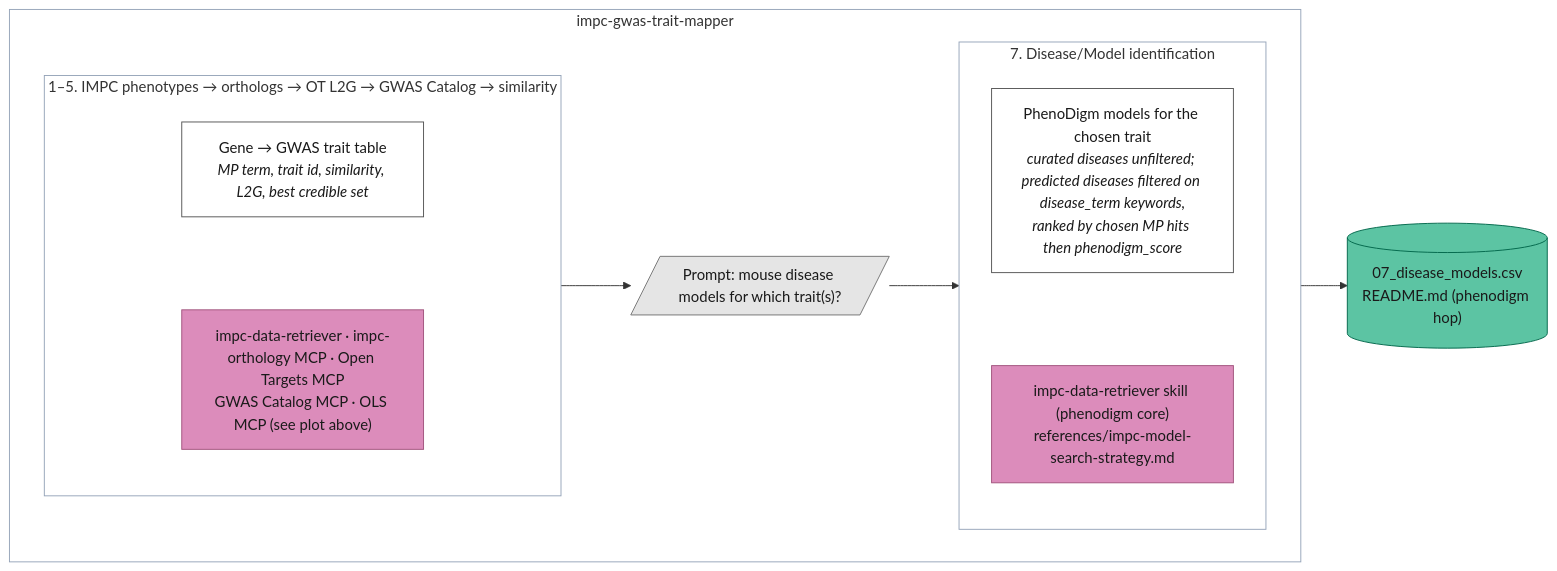
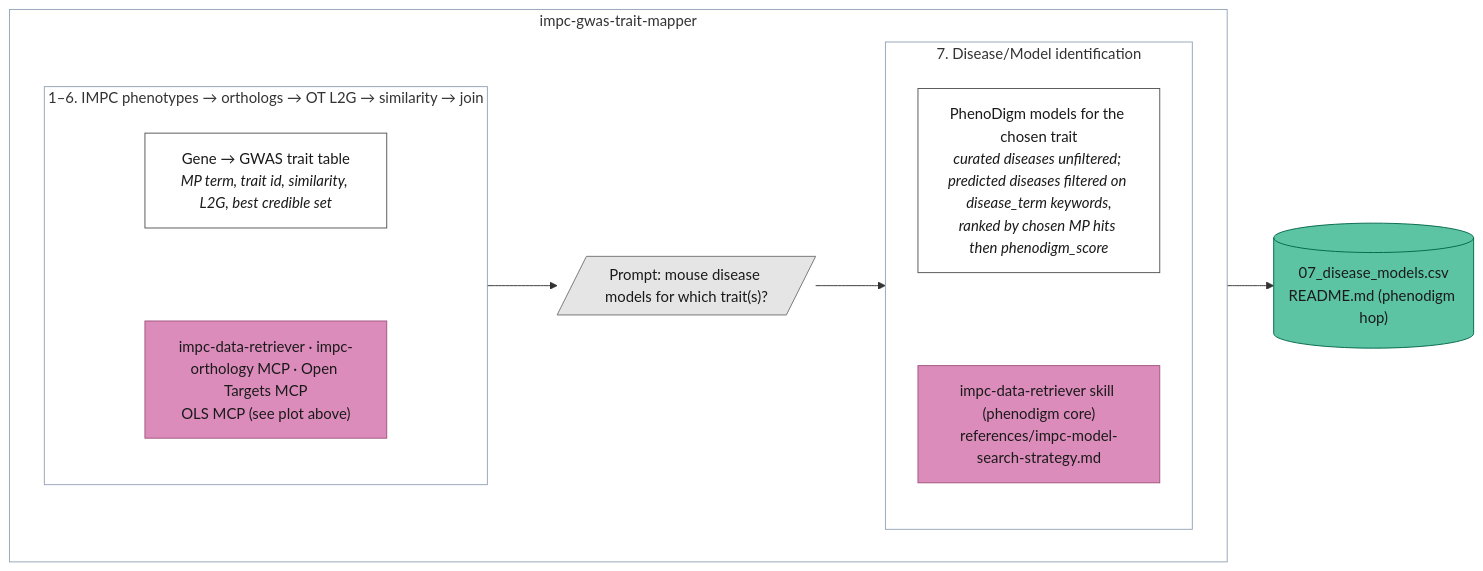
Before and after one commit to mpi2/impc-api-skills: the second of 2 diagrams in impc-gwas-trait-mapper-architecture.md, drawn with Mermaid. The commit also changed other lines of this file and 3 other files, not shown here.

````diff
--- a/impc-gwas-trait-mapper-architecture.md
+++ b/impc-gwas-trait-mapper-architecture.md
@@ -67,35 +85,35 @@
 ```mermaid
 flowchart LR
     subgraph Skill2["impc-gwas-trait-mapper"]
         direction LR
-        subgraph P16["1–5. IMPC phenotypes → orthologs → OT L2G → GWAS Catalog → similarity"]
+        subgraph P16["1–6. IMPC phenotypes → orthologs → OT L2G → similarity → join"]
             direction TB
             S16["Gene → GWAS trait table<br/><i>MP term, trait id, similarity, L2G, best credible set</i>"]
-            R16["impc-data-retriever · impc-orthology MCP · Open Targets MCP<br/>GWAS Catalog MCP · OLS MCP (see plot above)"]
+            R16["impc-data-retriever · impc-orthology MCP · Open Targets MCP<br/>OLS MCP (see plot above)"]
             S16 ~~~ R16
         end
         Q2[/"Prompt: mouse disease models for which trait(s)?"/]
         subgraph P7["7. Disease/Model identification"]
             direction TB
             S7["PhenoDigm models for the chosen trait<br/><i>curated diseases unfiltered; predicted diseases filtered on disease_term keywords,<br/>ranked by chosen MP hits then phenodigm_score</i>"]
             R7["impc-data-retriever skill (phenodigm core)<br/>references/impc-model-search-strategy.md"]
             S7 ~~~ R7
         end
         P16 --> Q2 --> P7
     end
 
     OUT2[("07_disease_models.csv<br/>README.md (phenodigm hop)")]
 
     Skill2 --> OUT2
 
     classDef source fill:#dc8cbb,stroke:#a0527c,color:#1a1a1a
     classDef step fill:#ffffff,stroke:#525252,color:#1a1a1a
     classDef output fill:#5cc4a3,stroke:#00664a,color:#1a1a1a
     classDef input fill:#e5e5e5,stroke:#737373,color:#1a1a1a
     classDef group fill:none,stroke:#94a3b8
     class Q2 input
     class S16,S7 step
     class R16,R7 source
     class OUT2 output
     class Skill2,P16,P7 group
 ```
````
